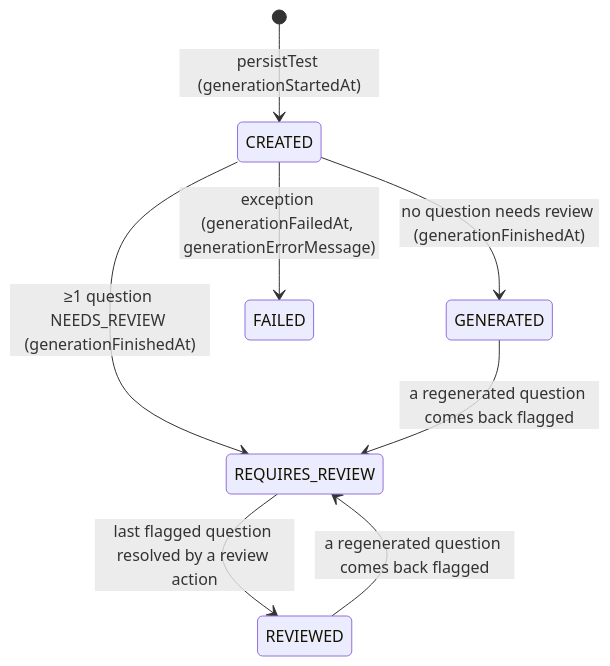
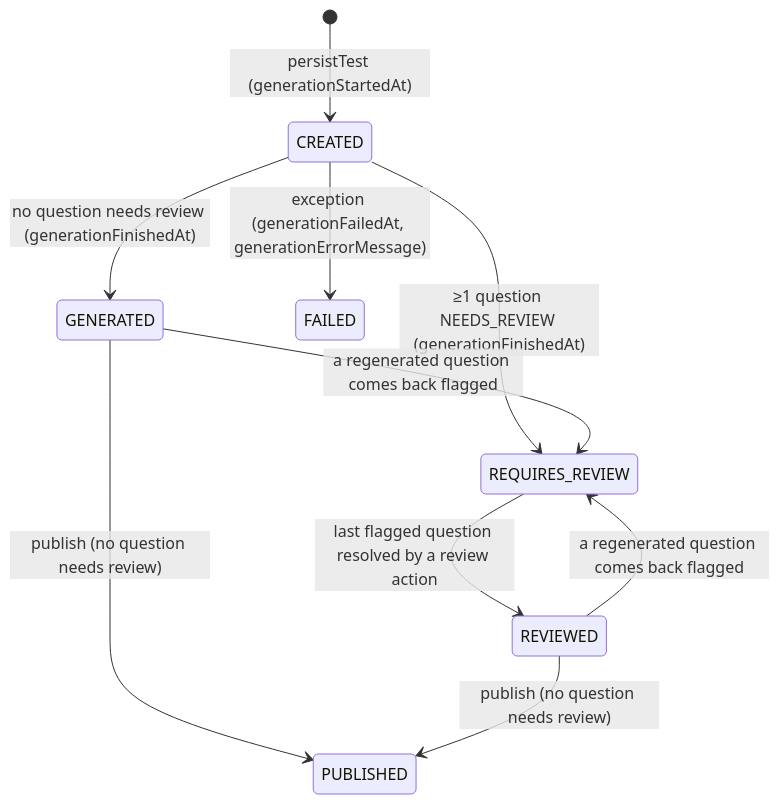
Before and after one commit to irina981/know-gauge: the fourth of 5 diagrams in docs/architecture/03-domain-model.md, drawn with Mermaid. The commit also changed other lines of this file and 20 other files, not shown here.

First line of the commit message:
feat(review,api): Publish tests to freeze them before attempts

````diff
--- a/docs/architecture/03-domain-model.md
+++ b/docs/architecture/03-domain-model.md
@@ -112,10 +112,12 @@
 ```mermaid
 stateDiagram-v2
     [*] --> CREATED: persistTest (generationStartedAt)
     CREATED --> GENERATED: no question needs review (generationFinishedAt)
     CREATED --> REQUIRES_REVIEW: ≥1 question NEEDS_REVIEW (generationFinishedAt)
     CREATED --> FAILED: exception (generationFailedAt, generationErrorMessage)
     REQUIRES_REVIEW --> REVIEWED: last flagged question resolved by a review action
     GENERATED --> REQUIRES_REVIEW: a regenerated question comes back flagged
     REVIEWED --> REQUIRES_REVIEW: a regenerated question comes back flagged
+    GENERATED --> PUBLISHED: publish (no question needs review)
+    REVIEWED --> PUBLISHED: publish (no question needs review)
 ```
````
